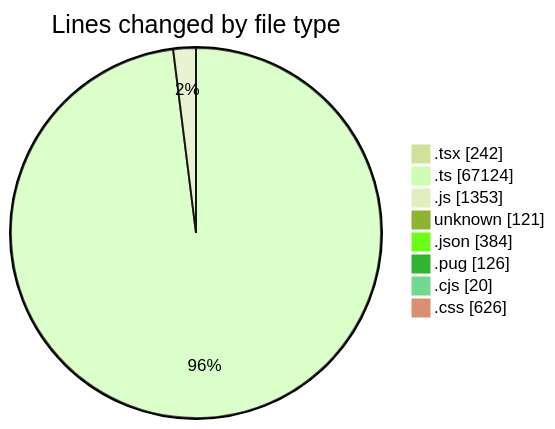
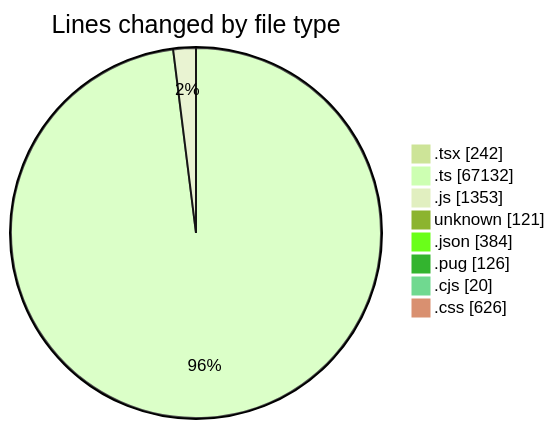
One commit to momahboobian/code-tracking changed the first of 2 diagrams in 2026-06-01/cda/README.md. Above: the diagram before and after it, drawn with Mermaid (forest theme). The commit also changed other lines of this file and 1 other file, not shown here.

````diff
--- a/2026-06-01/cda/README.md
+++ b/2026-06-01/cda/README.md
@@ -76,12 +76,12 @@
 ```mermaid
 pie showData
 title Lines changed by file type
 ".tsx" : 242
-".ts" : 67124
+".ts" : 67132
 ".js" : 1353
 "unknown" : 121
 ".json" : 384
 ".pug" : 126
 ".cjs" : 20
 ".css" : 626
 ```
````
